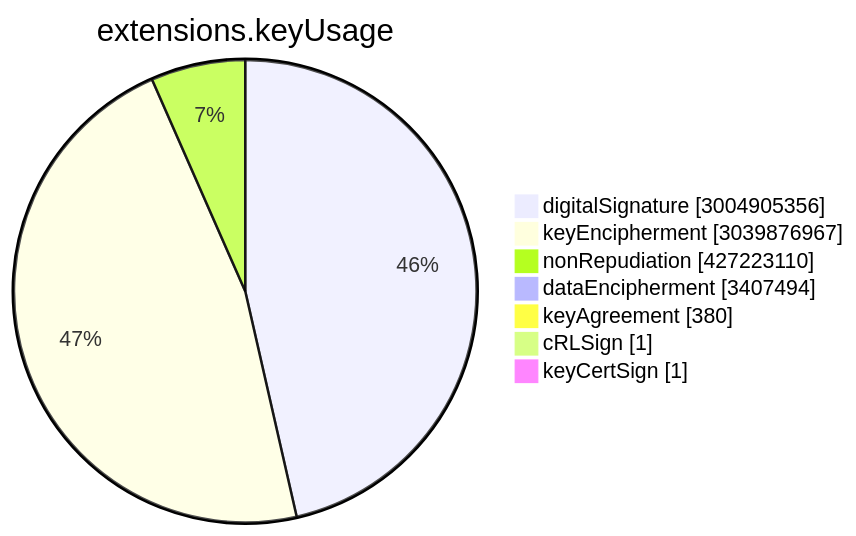
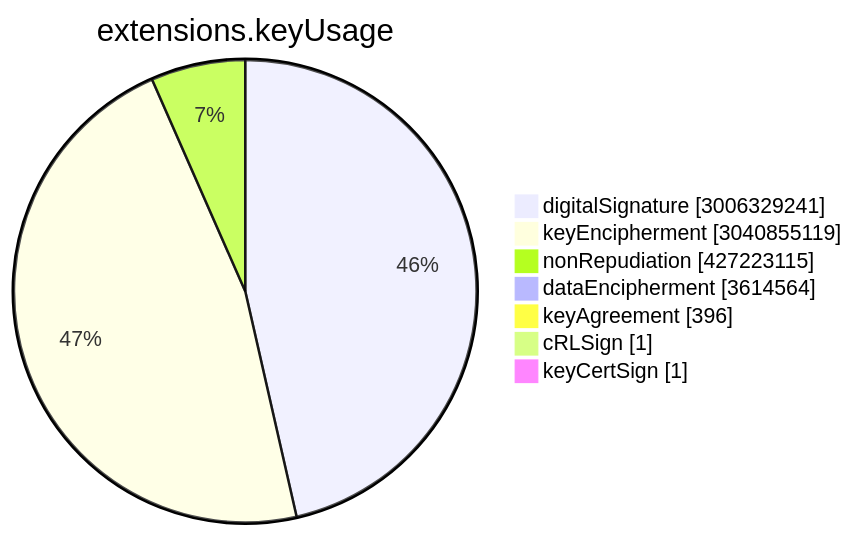
One commit to christiankrug/ctmonitor_visualization changed the sixth of 15 diagrams in TOTAL/README.md. Above: the diagram before and after it, drawn with Mermaid. The commit also changed other lines of this file, not shown here.

````diff
--- a/TOTAL/README.md
+++ b/TOTAL/README.md
@@ -3076,11 +3076,11 @@
 ```mermaid
 pie showData
 title extensions.keyUsage
-"digitalSignature" :3004905356
-"keyEncipherment" :3039876967
-"nonRepudiation" :427223110
-"dataEncipherment" :3407494
-"keyAgreement" :380
+"digitalSignature" :3006329241
+"keyEncipherment" :3040855119
+"nonRepudiation" :427223115
+"dataEncipherment" :3614564
+"keyAgreement" :396
 "cRLSign" :1
 "keyCertSign" :1
 ```
````
